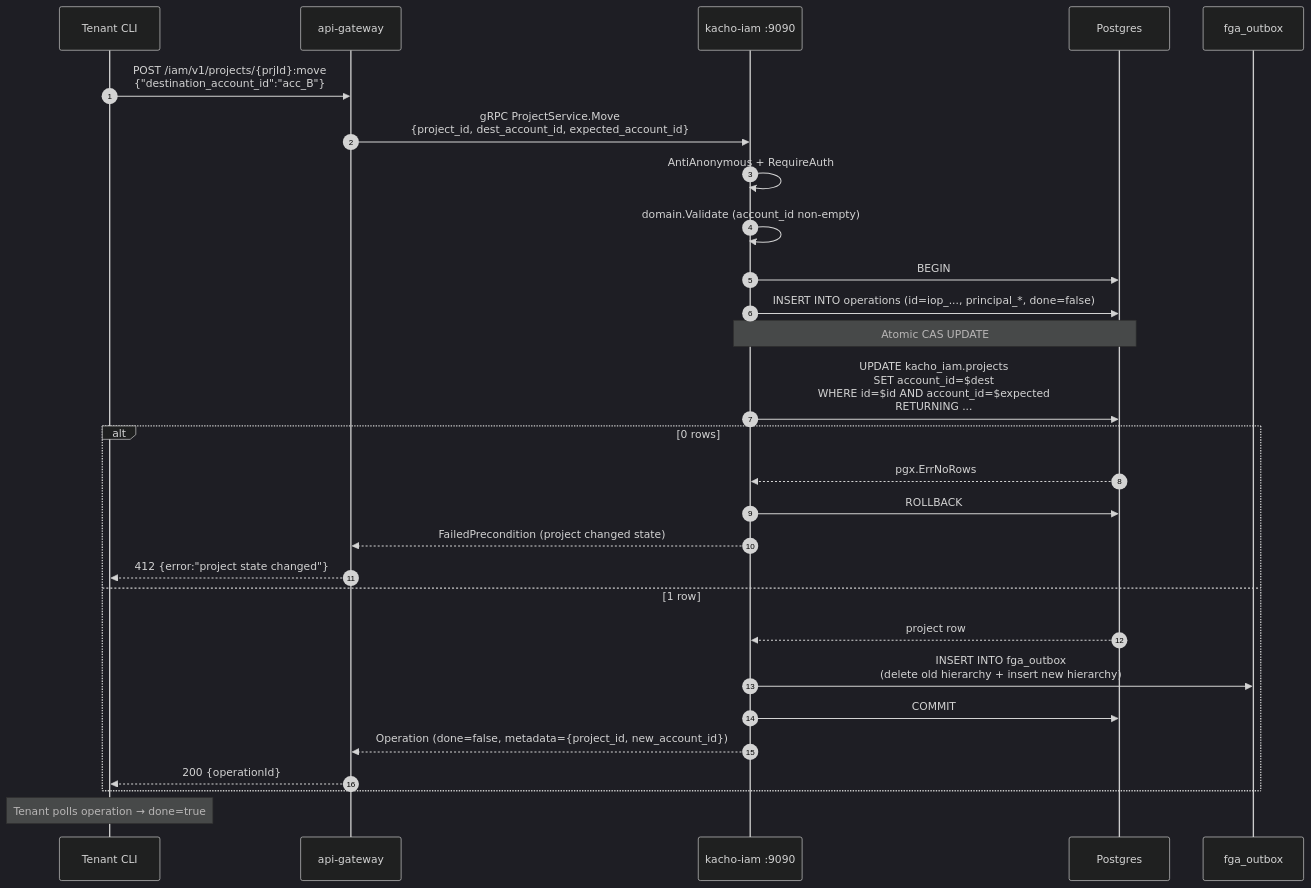
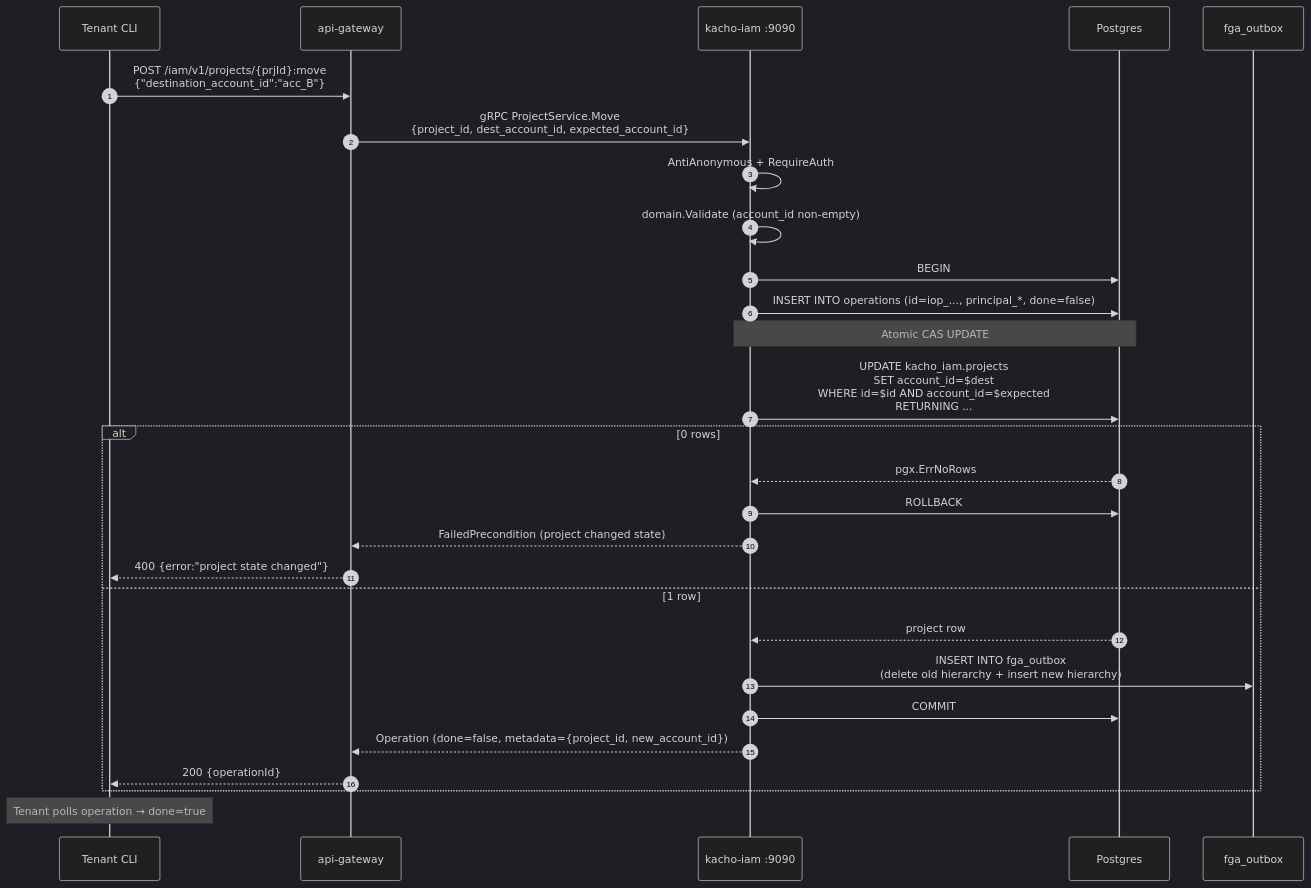
Before and after one commit to PRO-Robotech/kacho: the first of 2 diagrams in services/iam/docs/components/02-project.md, drawn with Mermaid (dark theme). The commit also changed other lines of this file and 19 other files, not shown here.

````diff
--- a/services/iam/docs/components/02-project.md
+++ b/services/iam/docs/components/02-project.md
@@ -65,32 +65,32 @@
 ```mermaid
 sequenceDiagram
     autonumber
     participant Cli as Tenant CLI
     participant GW as api-gateway
     participant IAM as kacho-iam :9090
     participant DB as Postgres
     participant Out as fga_outbox
 
     Cli->>GW: POST /iam/v1/projects/{prjId}:move<br/>{"destination_account_id":"acc_B"}
     GW->>IAM: gRPC ProjectService.Move<br/>{project_id, dest_account_id, expected_account_id}
     IAM->>IAM: AntiAnonymous + RequireAuth
     IAM->>IAM: domain.Validate (account_id non-empty)
     IAM->>DB: BEGIN
     IAM->>DB: INSERT INTO operations (id=iop_..., principal_*, done=false)
     Note over IAM,DB: Atomic CAS UPDATE
     IAM->>DB: UPDATE kacho_iam.projects<br/>SET account_id=$dest<br/>WHERE id=$id AND account_id=$expected<br/>RETURNING ...
     alt 0 rows
         DB-->>IAM: pgx.ErrNoRows
         IAM->>DB: ROLLBACK
         IAM-->>GW: FailedPrecondition (project changed state)
-        GW-->>Cli: 412 {error:"project state changed"}
+        GW-->>Cli: 400 {error:"project state changed"}
     else 1 row
         DB-->>IAM: project row
         IAM->>Out: INSERT INTO fga_outbox<br/>(delete old hierarchy + insert new hierarchy)
         IAM->>DB: COMMIT
         IAM-->>GW: Operation (done=false, metadata={project_id, new_account_id})
         GW-->>Cli: 200 {operationId}
     end
 
     Note over Cli: Tenant polls operation → done=true
 ```
````
